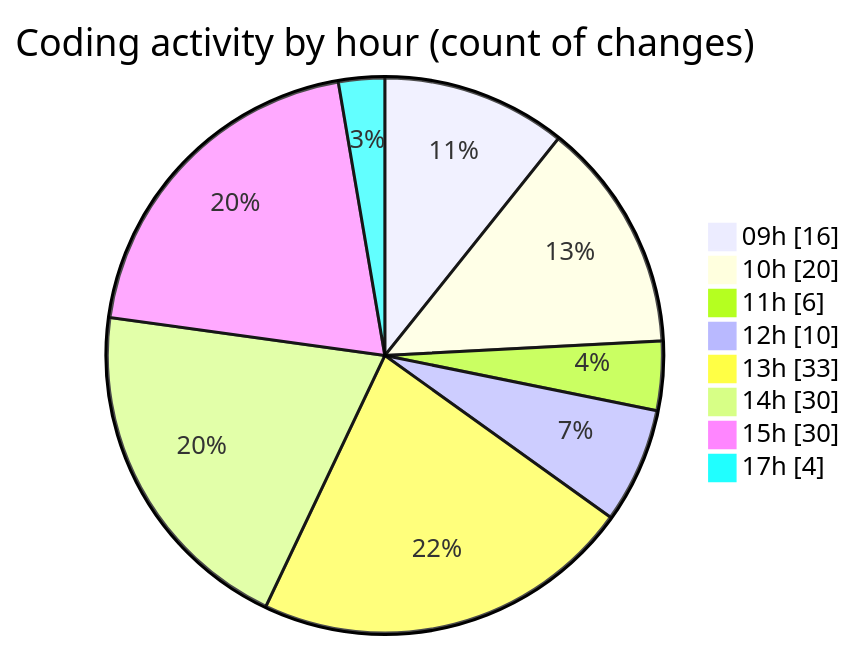
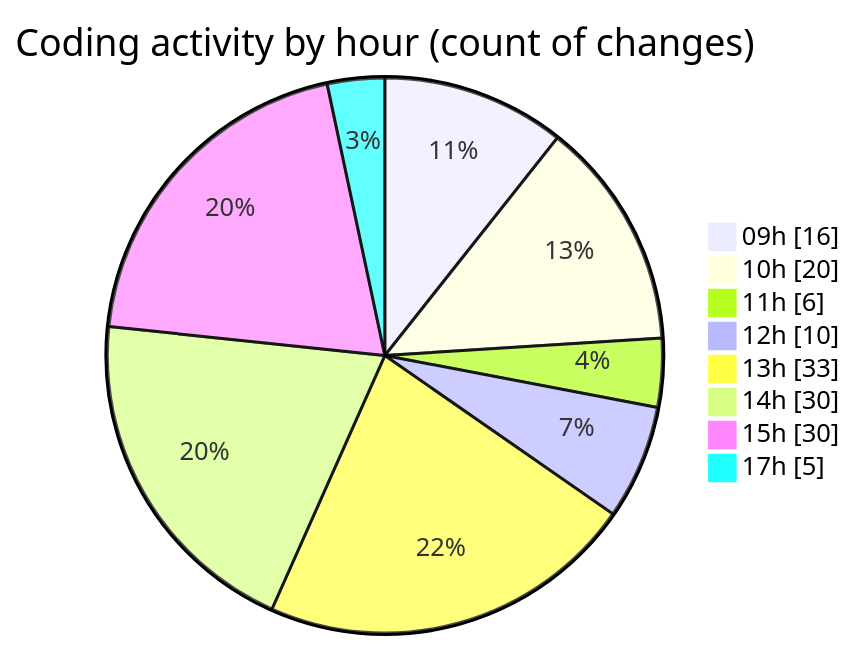
Before and after one commit to momahboobian/code-tracking: the second of 2 diagrams in 2025-05-16/cda/README.md, drawn with Mermaid. The commit also changed other lines of this file and 1 other file, not shown here.

````diff
--- a/2025-05-16/cda/README.md
+++ b/2025-05-16/cda/README.md
@@ -61,12 +61,12 @@
 ```mermaid
 pie showData
 title Coding activity by hour (count of changes)
 "09h" : 16
 "10h" : 20
 "11h" : 6
 "12h" : 10
 "13h" : 33
 "14h" : 30
 "15h" : 30
-"17h" : 4
+"17h" : 5
 ```
````
